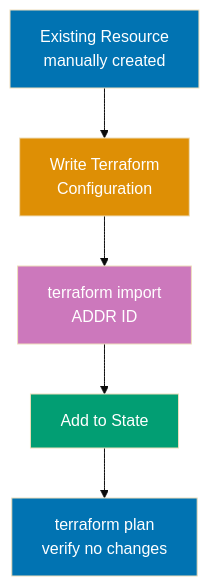
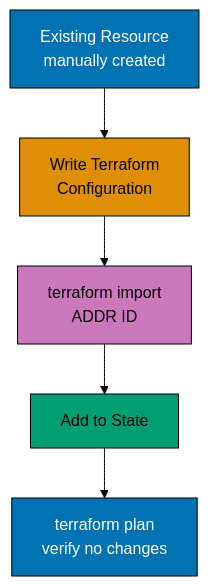
One commit to wahidyankf/ose-public changed diagram 11 of 11 in apps/ayokoding-www/content/en/learn/legacy/software-engineering/infrastructure/tools/terraform/by-example/intermediate.md. Above: the diagram before and after it, drawn with Mermaid (base theme). The commit also changed other lines of this file and 131 other files, not shown here.

First line of the commit message:
fix(mermaid): bring the legacy data, infrastructure, and testing diagrams onto the accessible palette

````diff
--- a/apps/ayokoding-www/content/en/learn/legacy/software-engineering/infrastructure/tools/terraform/by-example/intermediate.md
+++ b/apps/ayokoding-www/content/en/learn/legacy/software-engineering/infrastructure/tools/terraform/by-example/intermediate.md
@@ -3334,14 +3404,21 @@
 ```mermaid
 %% Color Palette: Blue #0173B2, Orange #DE8F05, Teal #029E73, Purple #CC78BC
 graph TD
+ accTitle: Example 51: Terraform Import for Existing Resources
+ accDescr: Graph with 5 nodes and 4 connections. Nodes: Existing Resource manually created, Write Terraform Configuration, terraform import ADDR ID, Add to State, terraform plan verify no changes. Connections: Existing Resource manually created to Write Terraform Configuration, Write Terraform Configuration to terraform import ADDR ID, terraform import ADDR ID to Add to State, Add to State to terraform plan verify no changes.
  A["Existing Resource<br/>manually created"] --> B["Write Terraform<br/>Configuration"]
  B --> C["terraform import<br/>ADDR ID"]
  C --> D["Add to State"]
  D --> E["terraform plan<br/>verify no changes"]
 
- style A fill:#0173B2,color:#fff
- style B fill:#DE8F05,color:#fff
- style C fill:#CC78BC,color:#fff
- style D fill:#029E73,color:#fff
- style E fill:#0173B2,color:#fff
+ classDef pal-0173B2 fill:#0173B2,stroke:#000000,color:#FFFFFF
+ class A pal-0173B2
+ classDef pal-DE8F05 fill:#DE8F05,stroke:#000000,color:#000000
+ class B pal-DE8F05
+ classDef pal-CC78BC fill:#CC78BC,stroke:#000000,color:#000000
+ class C pal-CC78BC
+ classDef pal-029E73 fill:#029E73,stroke:#000000,color:#000000
+ class D pal-029E73
+ class E pal-0173B2
+ classDef default fill:#FFFFFF,stroke:#000000,color:#000000
 ```
````
